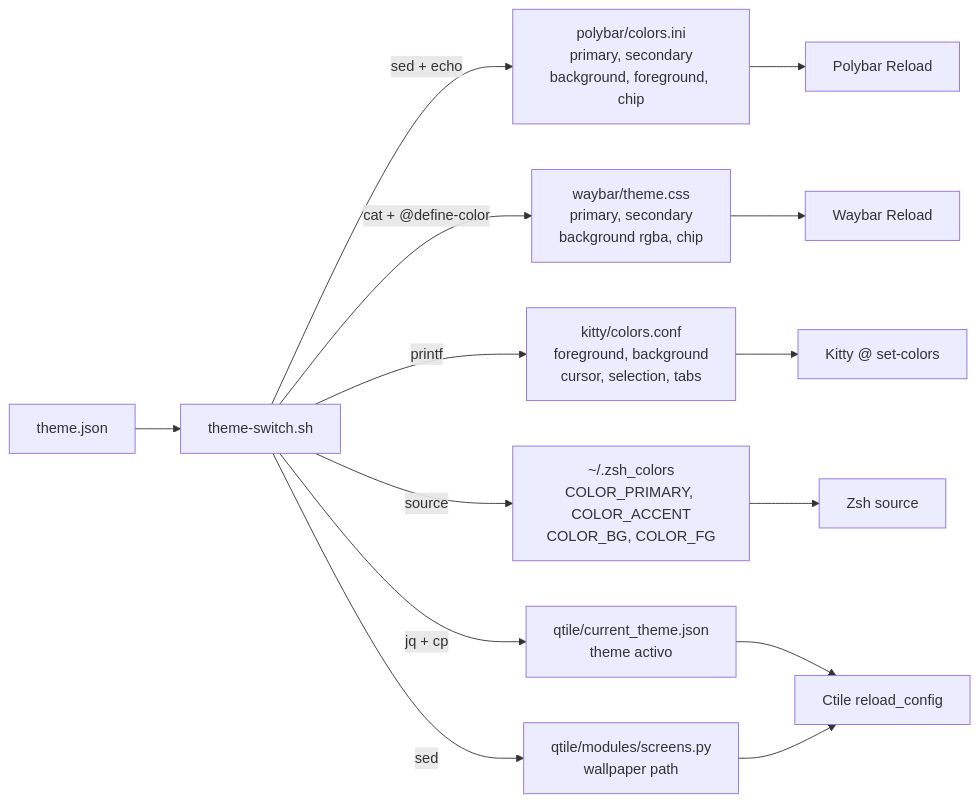
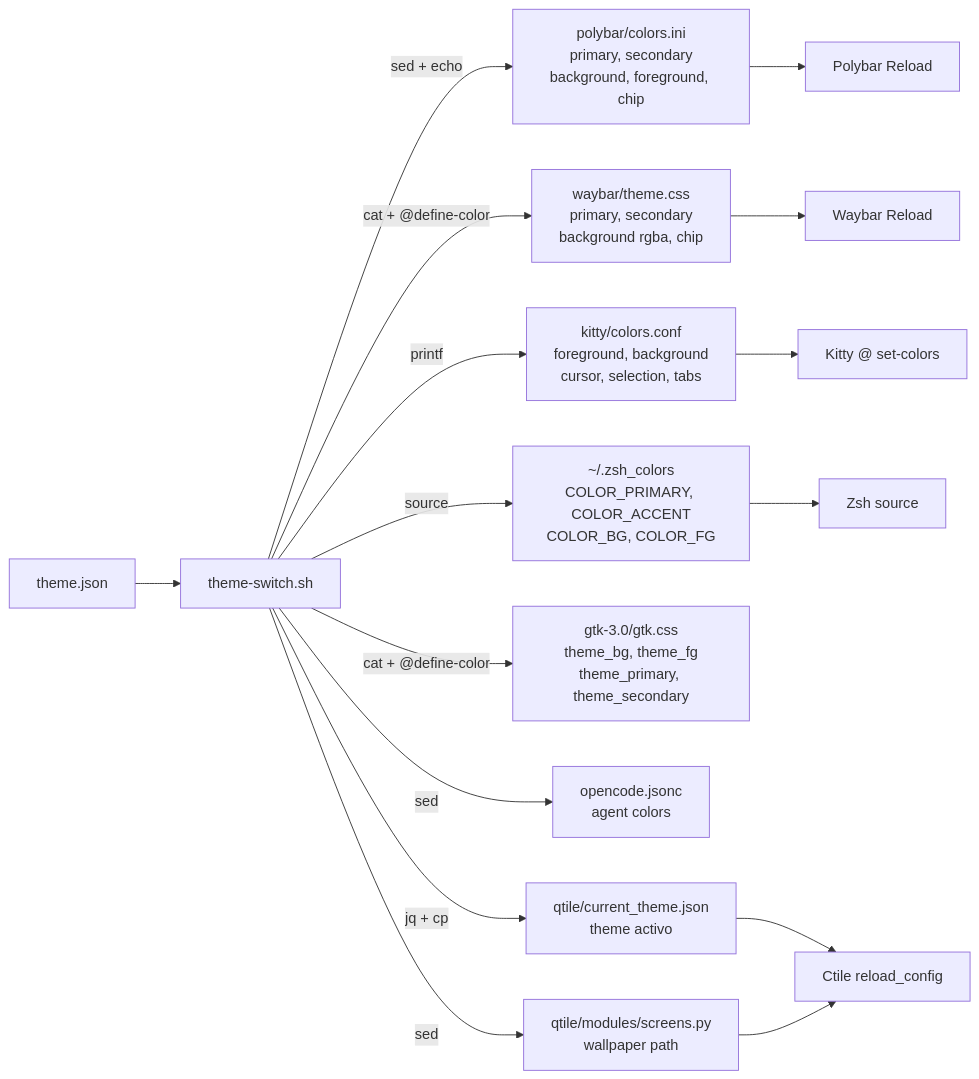
One commit to D4rkDr4gon/dotfiles changed the second of 2 diagrams in docs/overview.md. Above: the diagram before and after it, drawn with Mermaid. The commit also changed other lines of this file and 4 other files, not shown here.

````diff
--- a/docs/overview.md
+++ b/docs/overview.md
@@ -124,18 +126,20 @@
 ```mermaid
 graph LR
     TJ[theme.json] --> TS[theme-switch.sh]
 
     TS -->|sed + echo| PC[polybar/colors.ini<br/>primary, secondary<br/>background, foreground, chip]
     TS -->|cat + @define-color| WC[waybar/theme.css<br/>primary, secondary<br/>background rgba, chip]
     TS -->|printf| KC[kitty/colors.conf<br/>foreground, background<br/>cursor, selection, tabs]
     TS -->|source| ZC[~/.zsh_colors<br/>COLOR_PRIMARY, COLOR_ACCENT<br/>COLOR_BG, COLOR_FG]
+    TS -->|cat + @define-color| GC[gtk-3.0/gtk.css<br/>theme_bg, theme_fg<br/>theme_primary, theme_secondary]
+    TS -->|sed| OC[opencode.jsonc<br/>agent colors]
     TS -->|jq + cp| QT[qtile/current_theme.json<br/>theme activo]
     TS -->|sed| SC[qtile/modules/screens.py<br/>wallpaper path]
 
     PC --> PR[Polybar Reload]
     WC --> WR[Waybar Reload]
     KC --> KR[Kitty @ set-colors]
     ZC --> ZR[Zsh source]
     QT --> QR[Ctile reload_config]
     SC --> QR
 ```
````
